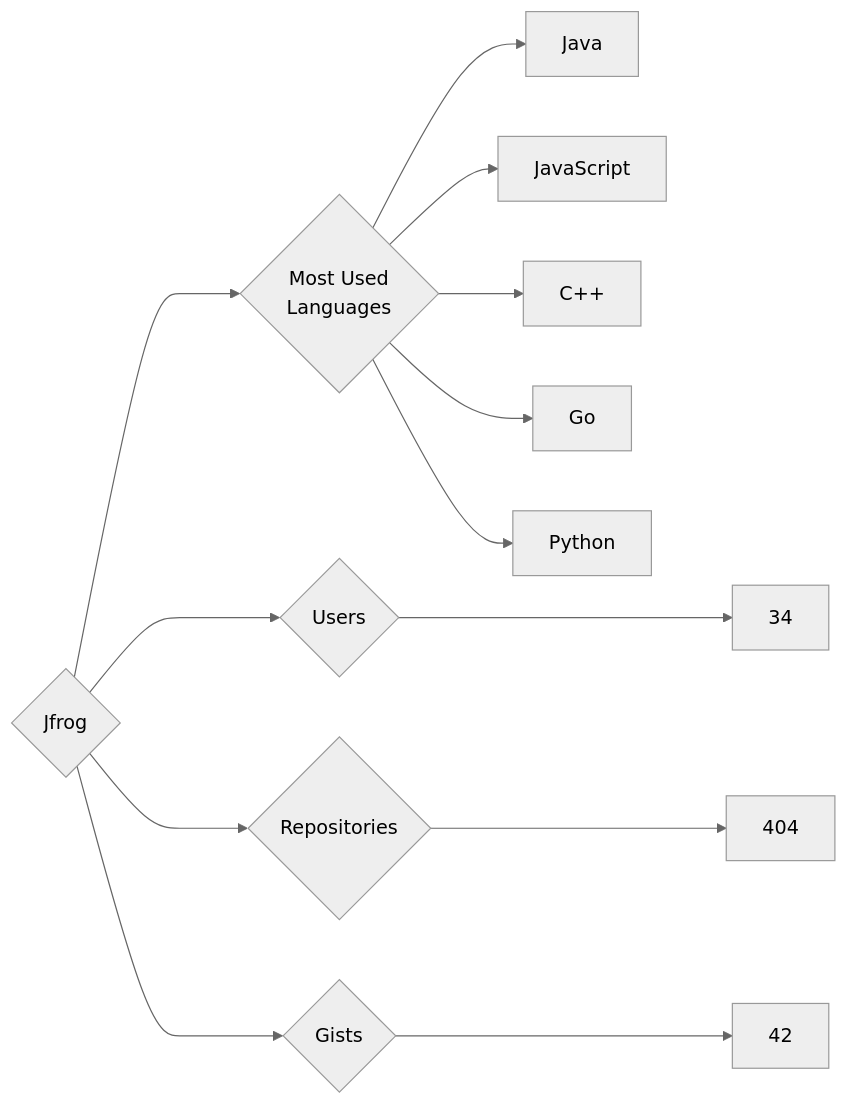
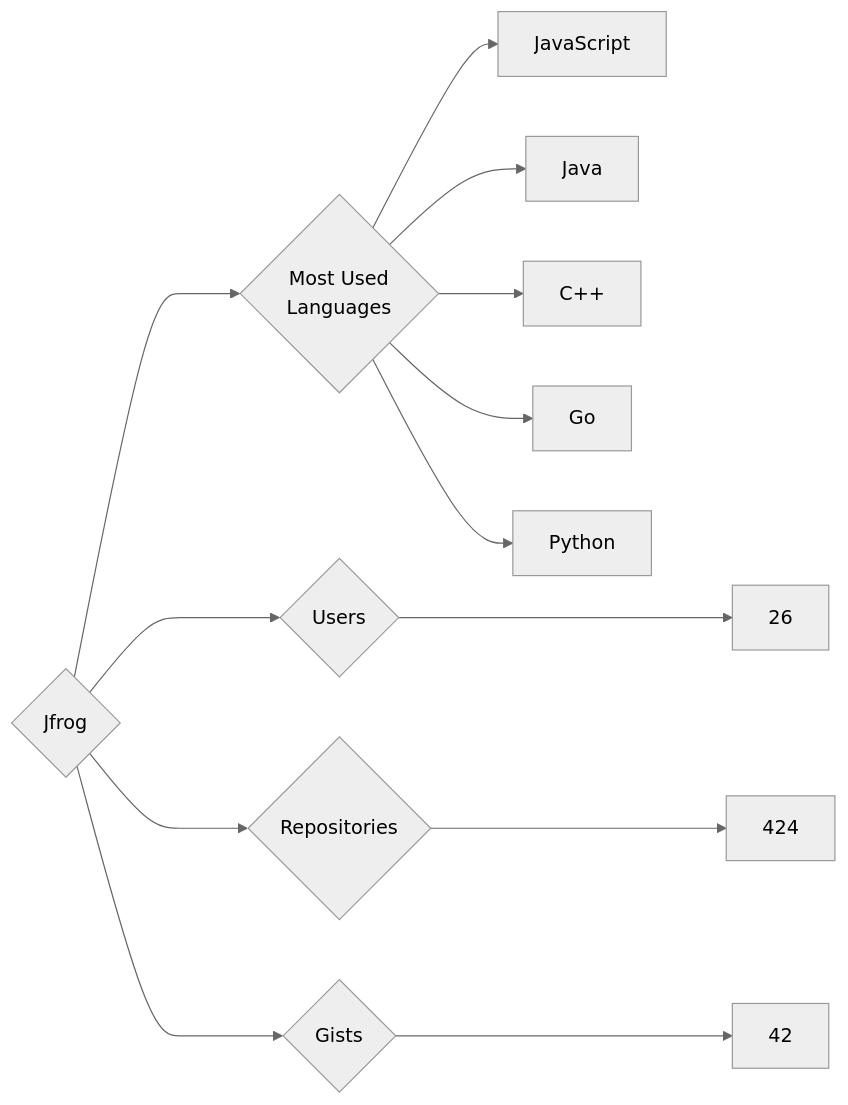
One commit to trickest/insiders changed the diagram in targets/Jfrog/README.md. Above: the diagram before and after it, drawn with Mermaid (neutral theme). The commit also changed 1084 other files, not shown here.

````diff
--- a/targets/Jfrog/README.md
+++ b/targets/Jfrog/README.md
@@ -3,13 +3,13 @@
 ```mermaid
 graph LR
 COMPANY_NAME{Jfrog}
-COMPANY_NAME ---> U{Users} ---> UN[34]
-COMPANY_NAME ---> R{Repositories} ---> RN[404]
+COMPANY_NAME ---> U{Users} ---> UN[26]
+COMPANY_NAME ---> R{Repositories} ---> RN[424]
 COMPANY_NAME ---> G{Gists} ---> GN[42]
 COMPANY_NAME ---> ML{Most Used<br>Languages}
+ML --> JavaScript[JavaScript]
 ML --> Java[Java]
-ML --> JavaScript[JavaScript]
 ML --> C++[C++]
 ML --> Go[Go]
 ML --> Python[Python]
 ```
````
